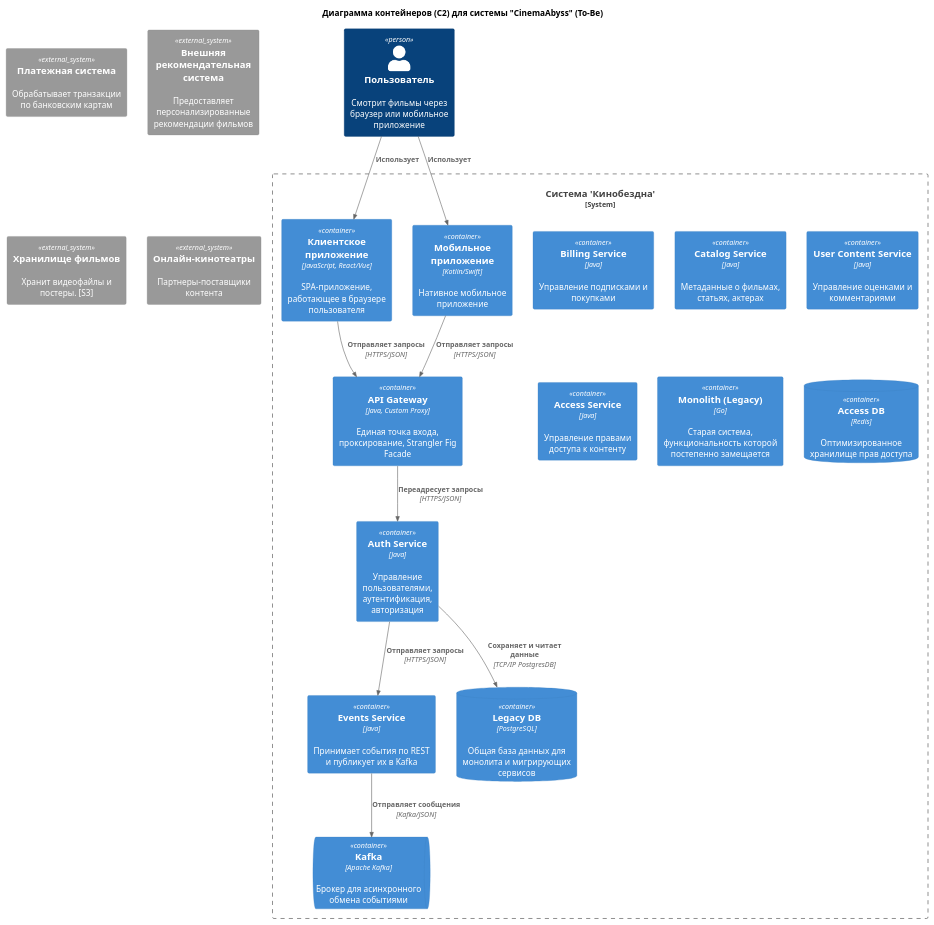
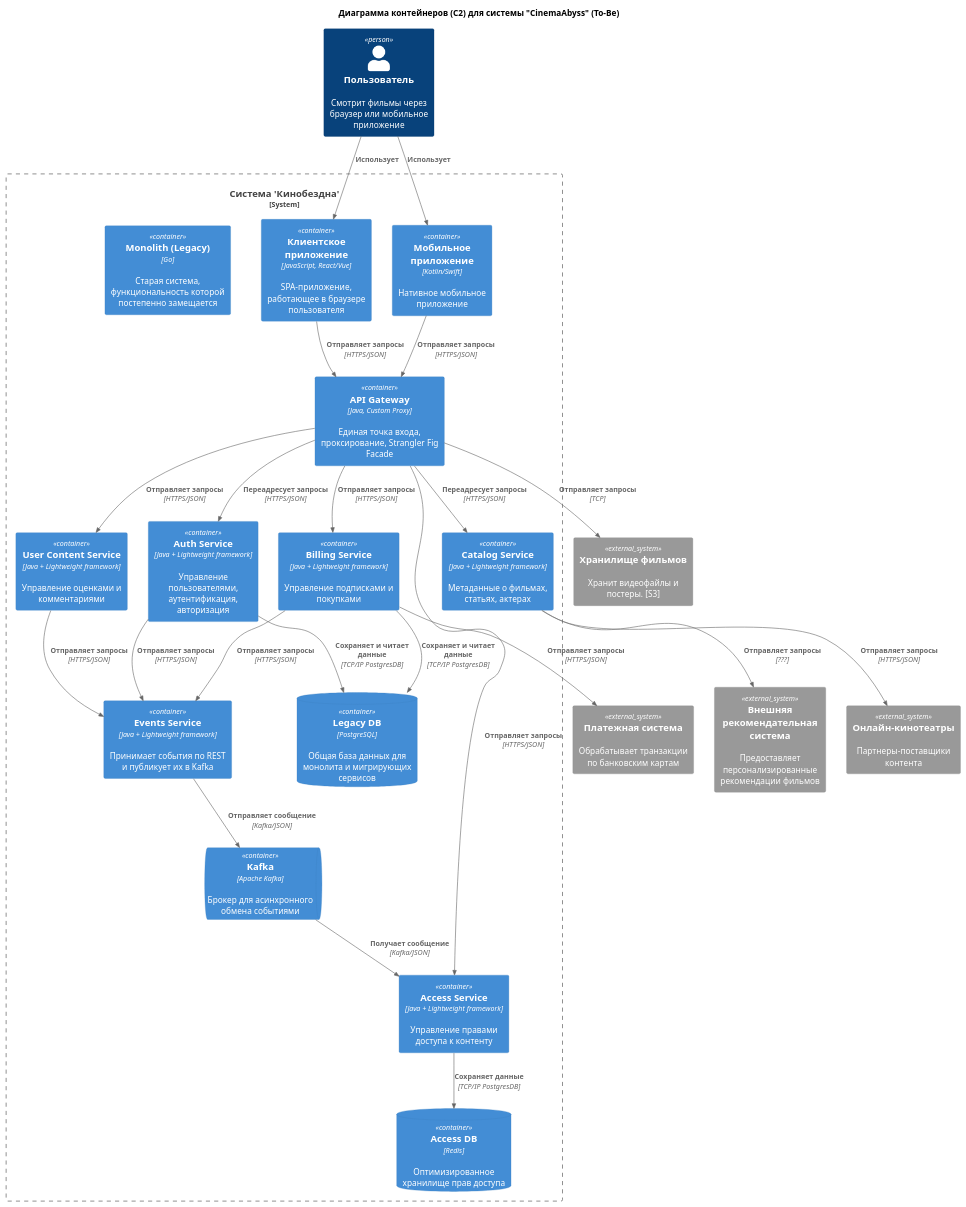
One commit to Manjago/architecture-pro-cinemaabyss changed the diagram in docs/diagrams/C2_Container_ToBe.puml. Above: the diagram before and after it, drawn with PlantUML.

Commit message:
первый вариант связей

```diff
--- a/docs/diagrams/C2_Container_ToBe.puml
+++ b/docs/diagrams/C2_Container_ToBe.puml
@@ -1,52 +1,115 @@
 @startuml C2_Context_ToBe
 title Диаграмма контейнеров (C2) для системы "CinemaAbyss" (To-Be)
 
 top to bottom direction
 
 !includeurl https://raw.githubusercontent.com/RicardoNiepel/C4-PlantUML/master/C4_Container.puml
 
 ' --- АКТОРЫ И ВНЕШНИЕ СИСТЕМЫ ---
 
 Person(user, "Пользователь", "Смотрит фильмы через браузер или мобильное приложение")
 
 System_Ext(ext_payment_gateway, "Платежная система", "Обрабатывает транзакции по банковским картам")
 System_Ext(recommendation_system, "Внешняя рекомендательная система", "Предоставляет персонализированные рекомендации фильмов")
 System_Ext(blob_storage, "Хранилище фильмов", "Хранит видеофайлы и постеры. [S3]")
 System_Ext(ext_online_cinema, "Онлайн-кинотеатры", "Партнеры-поставщики контента")
 
 ' --- ГРАНИЦА НАШЕЙ СИСТЕМЫ ---
 System_Boundary(cinema_abyss, "Система 'Кинобездна'") {
     Container(frontend_app, "Клиентское приложение", "JavaScript, React/Vue", "SPA-приложение, работающее в браузере пользователя")
     Container(mobile_app, "Мобильное приложение", "Kotlin/Swift", "Нативное мобильное приложение")
 
     Container(gateway, "API Gateway", "Java, Custom Proxy", "Единая точка входа, проксирование, Strangler Fig Facade")
 
-    Container(auth_service, "Auth Service", "Java", "Управление пользователями, аутентификация, авторизация")
-    Container(billing_service, "Billing Service", "Java", "Управление подписками и покупками")
-    Container(catalog_service, "Catalog Service", "Java", "Метаданные о фильмах, статьях, актерах")
-    Container(user_content_service, "User Content Service", "Java", "Управление оценками и комментариями")
-    Container(access_service, "Access Service", "Java", "Управление правами доступа к контенту")
-    Container(events_service, "Events Service", "Java", "Принимает события по REST и публикует их в Kafka")
+    Container(auth_service, "Auth Service", "Java + Lightweight framework", "Управление пользователями, аутентификация, авторизация")
+    Container(billing_service, "Billing Service", "Java + Lightweight framework", "Управление подписками и покупками")
+    Container(catalog_service, "Catalog Service", "Java + Lightweight framework", "Метаданные о фильмах, статьях, актерах")
+    Container(user_content_service, "User Content Service", "Java + Lightweight framework", "Управление оценками и комментариями")
+    Container(access_service, "Access Service", "Java + Lightweight framework", "Управление правами доступа к контенту")
+    Container(events_service, "Events Service", "Java + Lightweight framework", "Принимает события по REST и публикует их в Kafka")
 
     Container(monolith, "Monolith (Legacy)", "Go", "Старая система, функциональность которой постепенно замещается")
 
     ContainerDb(common_db, "Legacy DB", "PostgreSQL", "Общая база данных для монолита и мигрирующих сервисов")
     ContainerDb(access_db, "Access DB", "Redis", "Оптимизированное хранилище прав доступа")
     ContainerQueue(kafka, "Kafka", "Apache Kafka", "Брокер для асинхронного обмена событиями")
 }
 
 ' --- СВЯЗИ (ПО СЦЕНАРИЯМ) ---
 
 ' Общее начало всех сценариев
 Rel(user, frontend_app, "Использует")
 Rel(user, mobile_app, "Использует")
 Rel(frontend_app, gateway, "Отправляет запросы", "HTTPS/JSON")
 Rel(mobile_app, gateway, "Отправляет запросы", "HTTPS/JSON")
 
 
-' Сценарий: Пользователь управляет системой
-Rel(gateway, auth_service, "Переадресует запросы", "HTTPS/JSON")
+' *** Сценарий: пользователь регистрируется в системе
+' Регистрируемся в auth_service через gateway
+Rel(gateway, auth_service, "Переадресует запросы", "HTTPS/JSON") 
+' Сохраняем данные в БД
 Rel(auth_service, common_db, "Сохраняет и читает данные", "TCP/IP PostgresDB")
+' Отбрасываем событие UserRegistered
 Rel(auth_service, events_service, "Отправляет запросы", "HTTPS/JSON")
-Rel(events_service, kafka, "Отправляет сообщения", "Kafka/JSON")
+Rel(events_service, kafka, "Отправляет сообщение", "Kafka/JSON")
+
+' *** Сценарий: покупка фильма
+' Выбираем фильм для записи
+Rel(gateway, catalog_service, "Переадресует запросы", "HTTPS/JSON") 
+' Покупаем фильм
+Rel(gateway, billing_service, "Отправляет запросы", "HTTPS/JSON") 
+' Сохраняем данные в БД
+Rel(billing_service, common_db, "Сохраняет и читает данные", "TCP/IP PostgresDB") 
+' Отбрасываем событие MovieRented
+Rel(billing_service, events_service, "Отправляет запросы", "HTTPS/JSON")
+'Rel(events_service, kafka, "Отправляет сообщение", "Kafka/JSON")
+' Обновляет права на фильмы
+Rel(kafka, access_service, "Получает сообщение", "Kafka/JSON")
+Rel(access_service, access_db, "Сохраняет данные", "TCP/IP PostgresDB")
+' Платеж во внешнюю систему
+Rel(billing_service, ext_payment_gateway, "Отправляет запросы", "HTTPS/JSON")
+
+' *** Сценарий: оформление подписки (как покупка фильма, но другое сообщение)
+' Пользователь на что-то подписался
+'Rel(gateway, billing_service, "Отправляет запросы", "HTTPS/JSON") 
+' Сохраняем данные в БД
+'Rel(billing_service, common_db, "Сохраняет и читает данные", "TCP/IP PostgresDB") 
+' Отбрасываем событие SubscriptionPurchased
+'Rel(billing_service, events_service, "Отправляет запросы", "HTTPS/JSON")
+'Rel(events_service, kafka, "Отправляет сообщение", "Kafka/JSON")
+' Обновляет права на фильмы
+'Rel(kafka, access_service, "Получает сообщение", "Kafka/JSON")
+'Rel(access_service, access_db, "Сохраняет данные", "TCP/IP PostgresDB")
+' Платеж во внешнюю систему
+'Rel(billing_service, ext_payment_gateway, "Отправляет запросы", "HTTPS/JSON")
+
+' *** Сценарий: смотреть фильм
+' Выбираем фильм для просмотра
+' Rel(gateway, catalog_service, "Переадресует запросы", "HTTPS/JSON") 
+' Проверяем права доступа на фильм
+Rel(gateway, access_service, "Отправляет запросы", "HTTPS/JSON") 
+' Смотрим фильм
+Rel(gateway, blob_storage, "Отправляет запросы", "TCP") 
+
+' *** Сценарий: выбор фильма (читать рекомендации, читать статьи, просматривать карточки фильма)
+' Просматриваем фильмы
+' Rel(gateway, catalog_service, "Переадресует запросы", "HTTPS/JSON") 
+
+' *** Сценарий: оценить фильм
+' Просматриваем фильмы
+' Rel(gateway, catalog_service, "Переадресует запросы", "HTTPS/JSON") 
+' Ставит оценку
+Rel(gateway, user_content_service, "Отправляет запросы", "HTTPS/JSON") 
+' Отбрасываем событие MovieRated
+Rel(user_content_service, events_service, "Отправляет запросы", "HTTPS/JSON")
+'Rel(events_service, kafka, "Отправляет сообщение", "Kafka/JSON")
+
+' --- СВЯЗИ (ПО СЛУЖЕБНЫМ ПРОЦЕССАМ) ---
+' *** Процесс: Обновляем данные из внешней рекомендательной системы
+' ? вопрос, там реббит во внешней системе - прописываем подробно?
+Rel(catalog_service, recommendation_system, "Отправляет запросы", "???")
+
+' *** Процесс: Обновляем данные из онлайн-кинотеатров
+Rel(catalog_service, ext_online_cinema, "Отправляет запросы", "HTTPS/JSON")
+
 @enduml
```
